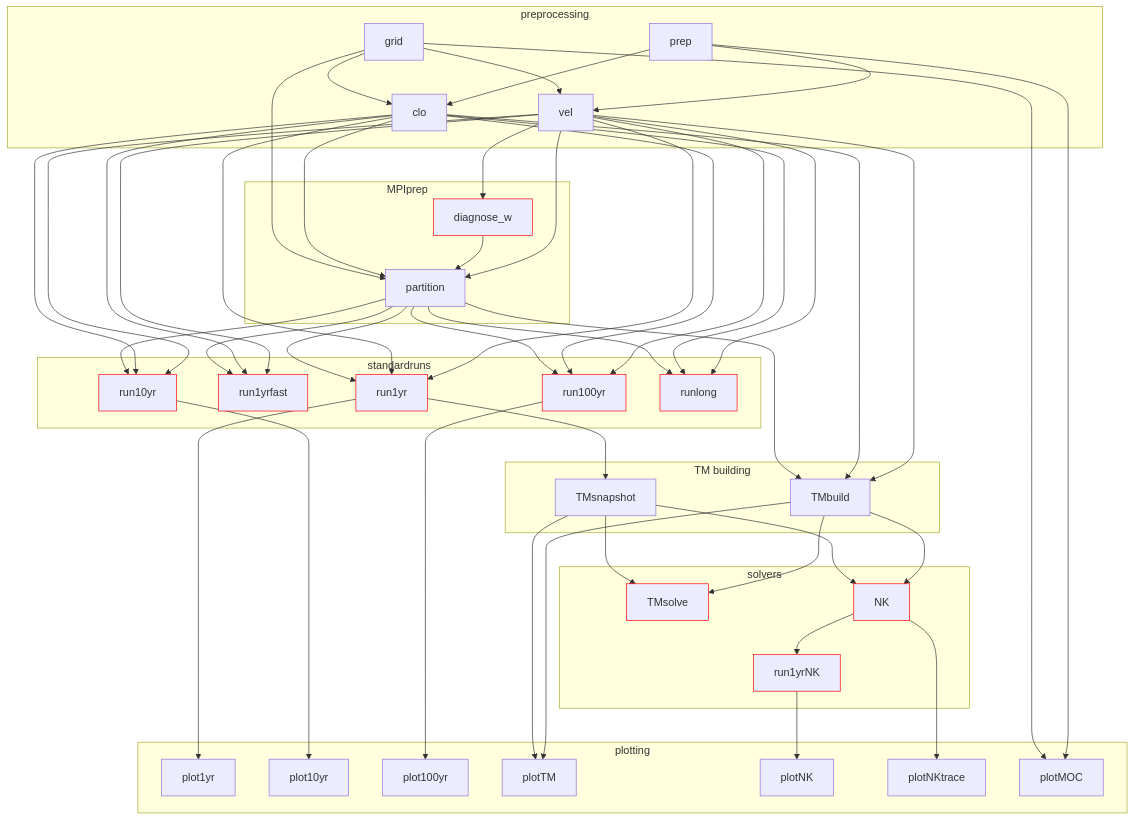
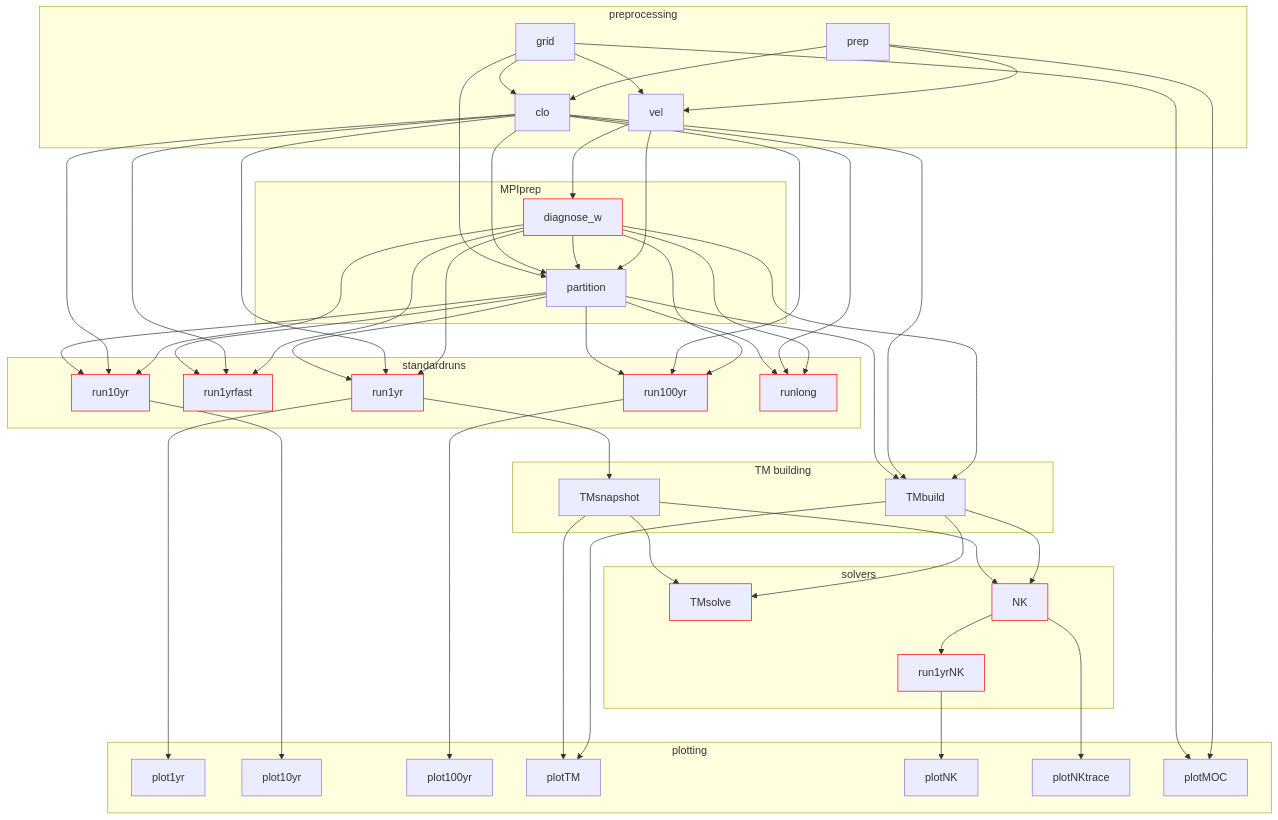
Before and after one commit to TMIP-code/ACCESS-OM2_x_Oceananigans: the diagram in scripts/pipeline.mmd, drawn with Mermaid. The commit also changed 2 other files, not shown here.

Commit message:
Fix pipeline DAG: diagnose_w sits between vel and downstream steps
The DAG showed vel→{run1yr,TMbuild,...} but the actual driver routes
through diagnose_w: vel→diagnose_w→{run1yr,TMbuild,...}. Fixed in
pipeline.mmd, README.md Mermaid diagram, and driver.sh ASCII diagram.
Also added missing plotMOC edge in README.md.

```diff
--- a/scripts/pipeline.mmd
+++ b/scripts/pipeline.mmd
@@ -1,37 +1,37 @@
 ---
 config:
   flowchart:
     curve: basis
 ---
 graph TD
     classDef gpu stroke:#f00;
     subgraph preprocessing
         prep & grid & vel & clo
     end
     subgraph MPIprep
         diagnose_w:::gpu & partition
     end
     subgraph standardruns
         run1yr:::gpu & run1yrfast:::gpu & run10yr:::gpu & run100yr:::gpu & runlong:::gpu
     end
     subgraph TM building
         TMbuild & TMsnapshot
     end
     subgraph solvers
         TMsolve:::gpu & NK:::gpu & run1yrNK:::gpu
     end
     subgraph plotting
         plot1yr & plot10yr & plot100yr & plotTM & plotNK & plotNKtrace & plotMOC
     end
     prep & grid --> vel & clo
     vel --> diagnose_w
     vel & diagnose_w & clo & grid --> partition
-    vel & clo --> run1yr & run1yrfast & run10yr & run100yr & runlong & TMbuild
+    diagnose_w & clo --> run1yr & run1yrfast & run10yr & run100yr & runlong & TMbuild
     partition --> run1yr & run1yrfast & run10yr & run100yr & runlong & TMbuild
     run1yr --> TMsnapshot & plot1yr
     run10yr --> plot10yr
     run100yr --> plot100yr
     TMbuild & TMsnapshot --> TMsolve & NK & plotTM
     NK --> run1yrNK & plotNKtrace
     run1yrNK --> plotNK
     prep & grid --> plotMOC
```
